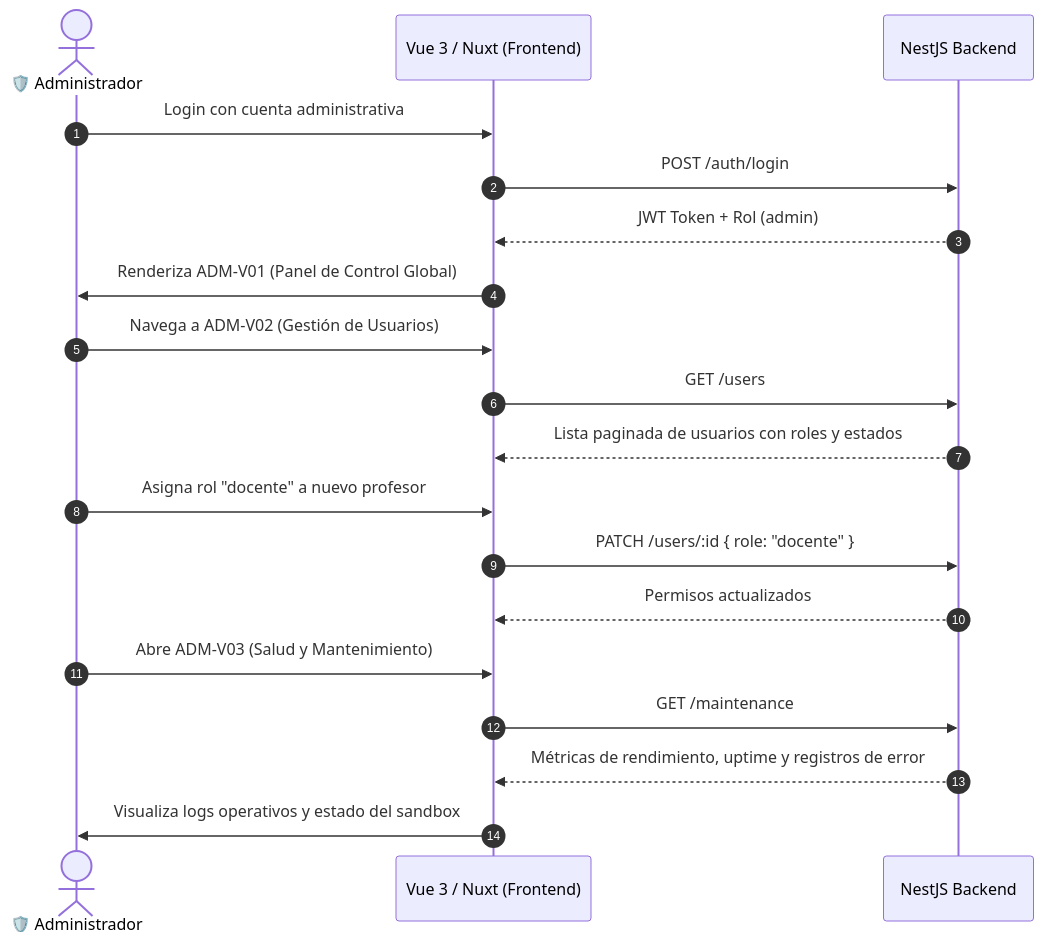
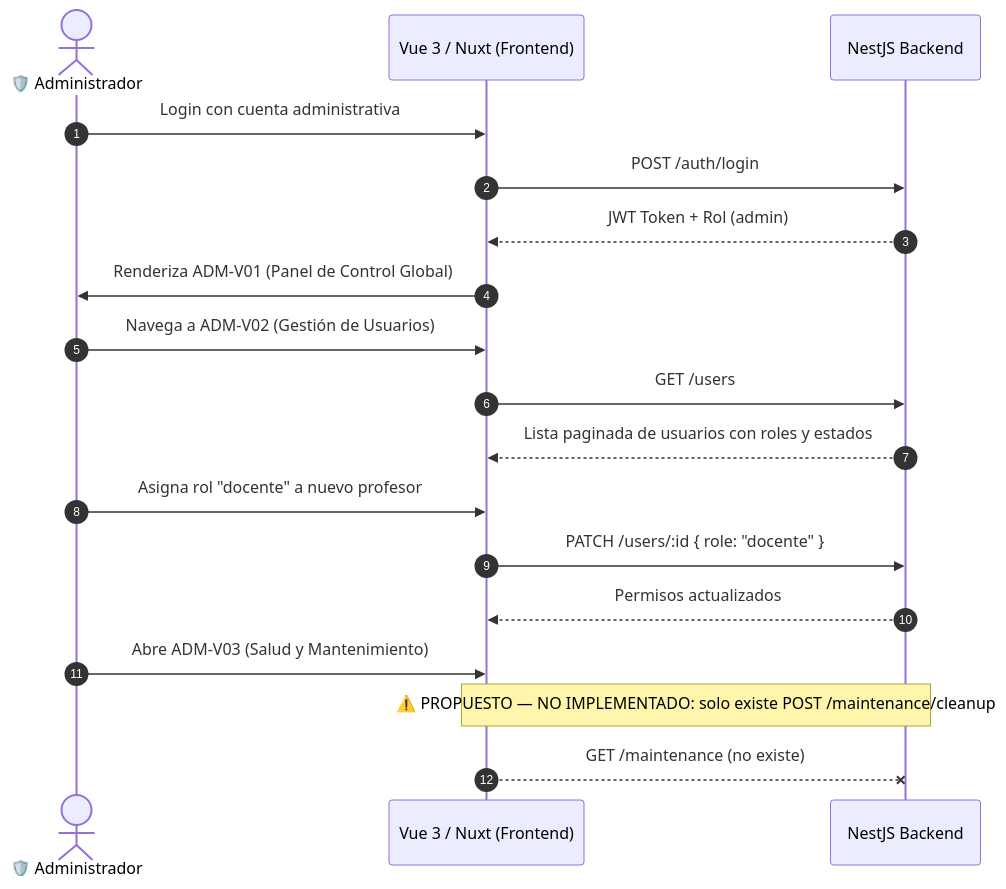
One commit to Jeider-Gomez/Stire-Soft changed the third of 3 diagrams in docs/modesec/05_FLUJOS_USUARIO.md. Above: the diagram before and after it, drawn with Mermaid. The commit also changed 10 other files, not shown here.

````diff
--- a/docs/modesec/05_FLUJOS_USUARIO.md
+++ b/docs/modesec/05_FLUJOS_USUARIO.md
@@ -111,24 +111,23 @@
 ```mermaid
 sequenceDiagram
     autonumber
     actor A as 🛡️ Administrador
     participant UI as Vue 3 / Nuxt (Frontend)
     participant API as NestJS Backend
 
     A->>UI: Login con cuenta administrativa
     UI->>API: POST /auth/login
     API-->>UI: JWT Token + Rol (admin)
     UI->>A: Renderiza ADM-V01 (Panel de Control Global)
 
     A->>UI: Navega a ADM-V02 (Gestión de Usuarios)
     UI->>API: GET /users
     API-->>UI: Lista paginada de usuarios con roles y estados
     A->>UI: Asigna rol "docente" a nuevo profesor
     UI->>API: PATCH /users/:id { role: "docente" }
     API-->>UI: Permisos actualizados
 
     A->>UI: Abre ADM-V03 (Salud y Mantenimiento)
-    UI->>API: GET /maintenance
-    API-->>UI: Métricas de rendimiento, uptime y registros de error
-    UI->>A: Visualiza logs operativos y estado del sandbox
+    Note over UI,API: ⚠️ PROPUESTO — NO IMPLEMENTADO: solo existe POST /maintenance/cleanup
+    UI--xAPI: GET /maintenance (no existe)
 ```
````
